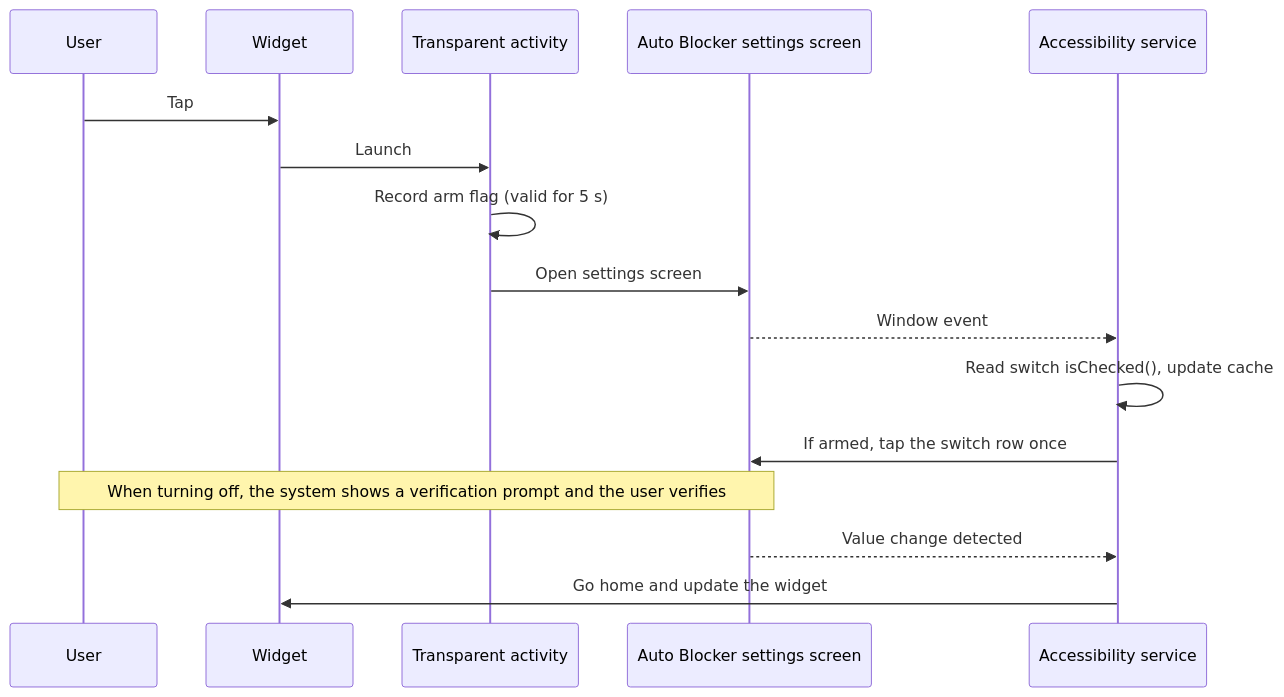
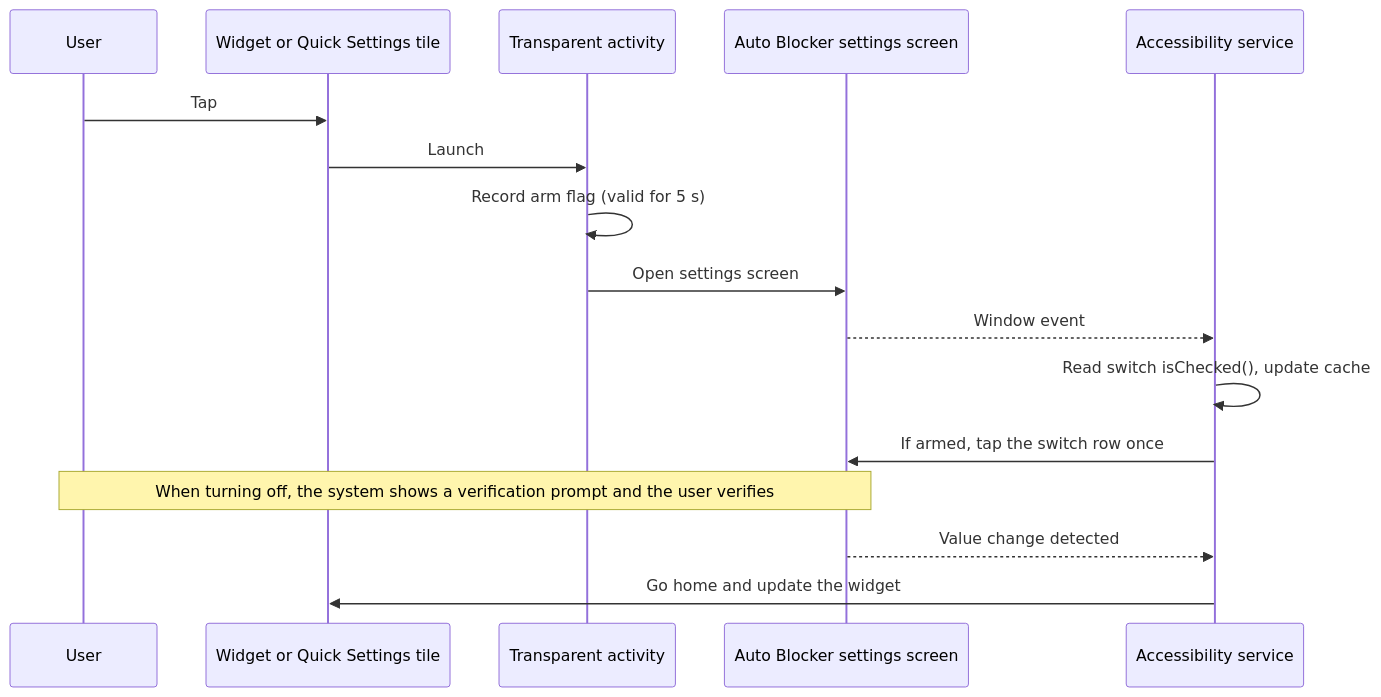
Before and after one commit to gyuminlee-repo/auto-blocker-widget: the diagram in docs/guide.md, drawn with Mermaid. The commit also changed other lines of this file and 10 other files, not shown here.

Commit message:
v0.08.07.00: Quick Settings tile that mirrors the widget state

````diff
--- a/docs/guide.md
+++ b/docs/guide.md
@@ -84,18 +88,18 @@
 ```mermaid
 sequenceDiagram
     participant U as User
-    participant W as Widget
+    participant W as Widget or Quick Settings tile
     participant T as Transparent activity
     participant R as Auto Blocker settings screen
     participant S as Accessibility service
     U->>W: Tap
     W->>T: Launch
     T->>T: Record arm flag (valid for 5 s)
     T->>R: Open settings screen
     R-->>S: Window event
     S->>S: Read switch isChecked(), update cache
     S->>R: If armed, tap the switch row once
     Note over R,U: When turning off, the system shows a verification prompt and the user verifies
     R-->>S: Value change detected
     S->>W: Go home and update the widget
 ```
````
